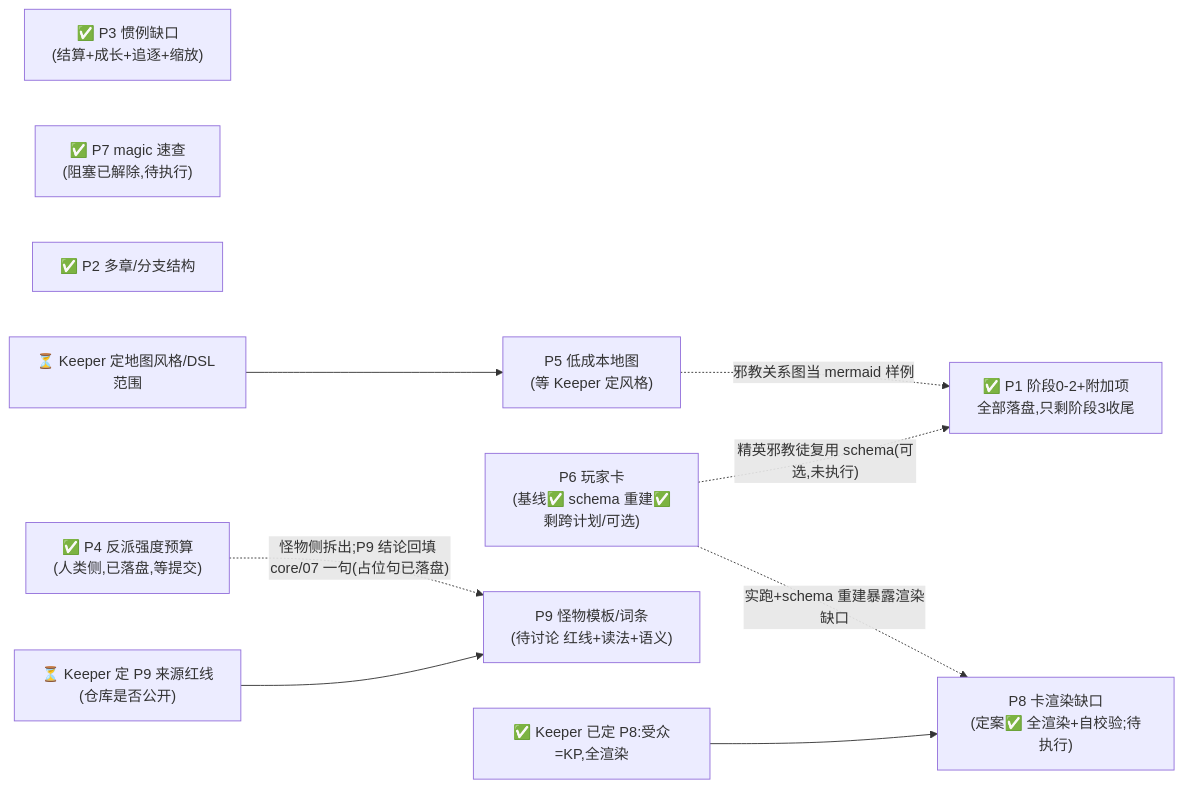
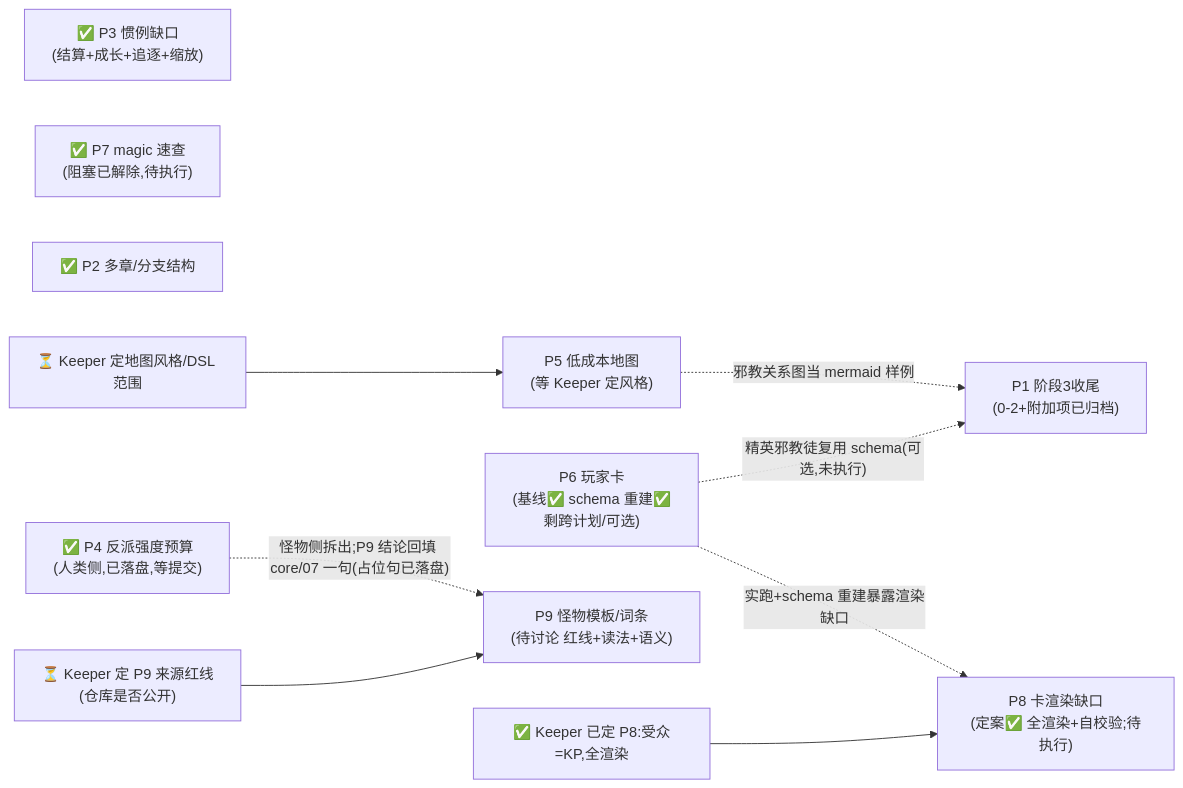
The diagram in update_plan/README.md (Mzihong/coc-keeper-kit), drawn with Mermaid before and after one commit. The commit also changed other lines of this file and 5 other files, not shown here.

````diff
--- a/update_plan/README.md
+++ b/update_plan/README.md
@@ -29,25 +29,25 @@
 ```mermaid
 graph LR
     P3["✅ P3 惯例缺口<br/>(结算+成长+追逐+缩放)"]
     P7["✅ P7 magic 速查<br/>(阻塞已解除,待执行)"]
     P5["P5 低成本地图<br/>(等 Keeper 定风格)"]
     P6["P6 玩家卡<br/>(基线✅ schema 重建✅<br/>剩跨计划/可选)"]
-    P1a["✅ P1 阶段0-2+附加项<br/>全部落盘,只剩阶段3收尾"]
+    P1a["P1 阶段3收尾<br/>(0-2+附加项已归档)"]
     P2["✅ P2 多章/分支结构"]
     P4["✅ P4 反派强度预算<br/>(人类侧,已落盘,等提交)"]
     P8["P8 卡渲染缺口<br/>(定案✅ 全渲染+自校验;待执行)"]
     P9["P9 怪物模板/词条<br/>(待讨论 红线+读法+语义)"]
     KeeperMap["⏳ Keeper 定地图风格/DSL 范围"]
     KeeperView["✅ Keeper 已定 P8:受众=KP,全渲染"]
     KeeperRed["⏳ Keeper 定 P9 来源红线<br/>(仓库是否公开)"]
 
     KeeperMap --> P5
     KeeperView --> P8
     KeeperRed --> P9
     P4 -.怪物侧拆出;P9 结论回填 core/07 一句(占位句已落盘).-> P9
     P6 -.实跑+schema 重建暴露渲染缺口.-> P8
     P6 -.精英邪教徒复用 schema(可选,未执行).-> P1a
     P5 -.邪教关系图当 mermaid 样例.-> P1a
     P2
     P3
 ```
````
